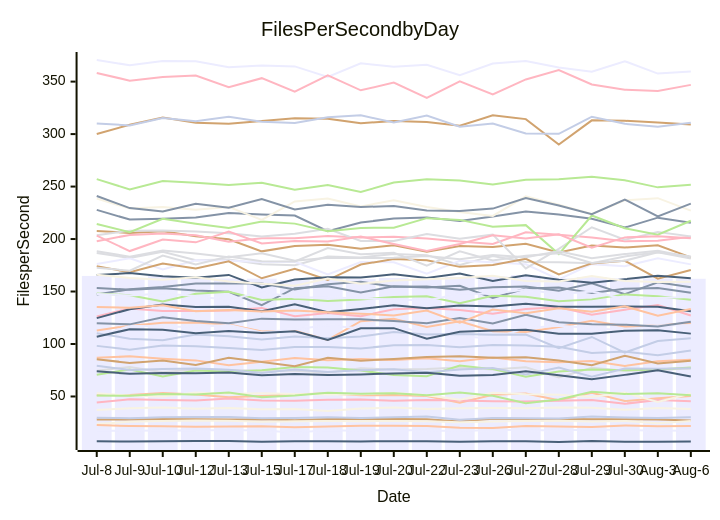
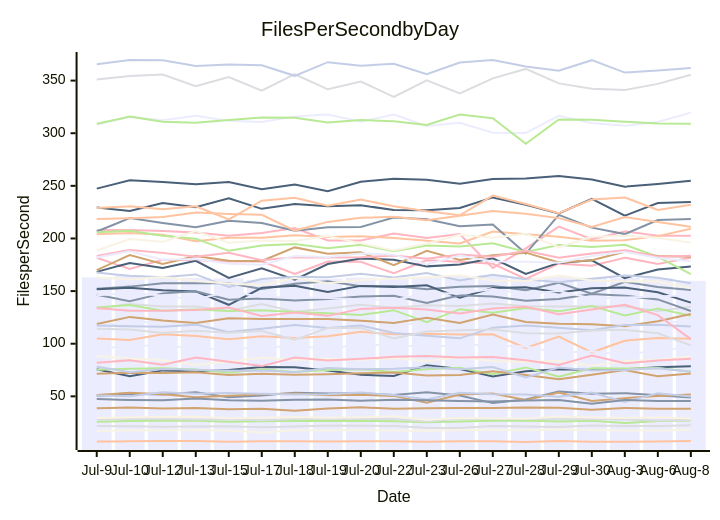
One commit to streetsidesoftware/cspell changed the diagram in perf-report.md. Above: the diagram before and after it, drawn with Mermaid. The commit also changed other lines of this file and 1 other file, not shown here.

````diff
--- a/perf-report.md
+++ b/perf-report.md
@@ -10,57 +10,57 @@
 ```mermaid
 xychart-beta
     title Files Per Second by Day
     y-axis Files per Second
-    x-axis Date [Jul-8, Jul-9, Jul-10, Jul-12, Jul-13, Jul-15, Jul-17, Jul-18, Jul-19, Jul-20, Jul-22, Jul-23, Jul-26, Jul-27, Jul-28, Jul-29, Jul-30, Aug-3, Aug-6]
-    bar [164.83, 163.05, 164.68, 163.19, 162.43, 162.24, 160.81, 162.11, 161.80, 162.84, 161.83, 163.82, 164.32, 165.56, 162.55, 163.67, 162.66, 162.42, 162.15]
-    line [227.80, 218.56, 219.23, 220.42, 224.78, 223.29, 222.43, 207.49, 215.75, 219.62, 220.62, 217.24, 221.48, 226.19, 223.44, 219.34, 210.97, 220.37, 215.62]
-    line [112.77, 117.49, 120.30, 120.41, 118.48, 111.84, 112.66, 103.82, 121.72, 123.96, 116.30, 121.57, 112.16, 111.54, 116.14, 122.06, 116.65, 117.60, 120.09]
-    line [74.46, 78.13, 73.01, 75.98, 75.26, 74.39, 74.57, 72.87, 76.84, 75.79, 76.25, 77.55, 75.81, 77.91, 68.05, 77.31, 74.56, 75.13, 76.66]
-    line [70.79, 75.77, 69.10, 74.66, 73.66, 75.08, 77.97, 77.53, 74.65, 70.42, 69.35, 79.56, 76.05, 68.90, 73.77, 75.65, 74.99, 75.71, 77.66]
-    line [27.98, 28.10, 28.43, 28.38, 28.02, 28.20, 27.23, 28.58, 28.56, 28.51, 28.41, 26.08, 28.71, 28.53, 28.56, 28.21, 28.32, 27.98, 27.09]
-    line [79.33, 75.23, 76.27, 76.63, 75.41, 72.48, 75.77, 73.22, 74.96, 75.84, 73.04, 75.74, 77.07, 71.05, 77.49, 68.74, 76.65, 76.34, 76.92]
-    line [126.22, 133.87, 131.35, 131.34, 131.95, 134.40, 126.35, 129.62, 126.47, 133.10, 134.27, 132.41, 128.75, 133.45, 135.04, 127.98, 132.62, 137.05, 127.16]
-    line [74.05, 71.58, 72.37, 72.08, 72.80, 70.30, 71.38, 70.52, 71.04, 71.91, 72.70, 69.86, 70.37, 73.91, 70.30, 66.36, 70.57, 74.92, 69.05]
-    line [23.76, 25.86, 26.61, 27.13, 26.83, 25.90, 26.40, 26.69, 26.50, 26.68, 26.34, 25.46, 26.08, 26.71, 26.98, 26.19, 26.72, 24.58, 26.54]
-    line [106.87, 117.37, 116.66, 116.21, 118.14, 111.02, 114.16, 117.75, 114.86, 117.38, 110.16, 107.68, 105.10, 115.28, 117.30, 115.27, 112.83, 117.78, 117.94]
-    line [153.34, 151.79, 153.10, 150.91, 149.71, 136.98, 153.14, 154.96, 149.05, 154.95, 153.94, 155.48, 143.79, 152.94, 153.75, 148.60, 152.63, 153.39, 148.93]
-    line [22.72, 21.87, 21.57, 21.20, 21.36, 21.51, 20.58, 21.30, 22.19, 22.10, 21.88, 20.15, 20.04, 21.91, 21.31, 20.80, 22.35, 21.72, 21.80]
-    line [186.71, 181.92, 187.82, 179.82, 180.43, 176.01, 174.98, 183.26, 182.49, 185.76, 184.64, 175.39, 183.80, 178.20, 177.82, 176.95, 183.37, 187.31, 181.39]
-    line [257.07, 247.35, 255.25, 253.55, 251.59, 253.64, 246.87, 251.37, 244.82, 253.83, 256.85, 255.68, 251.95, 256.48, 257.08, 259.44, 255.93, 249.24, 251.79]
-    line [207.58, 205.87, 207.35, 202.66, 199.84, 188.27, 193.42, 194.63, 190.82, 194.01, 187.89, 193.41, 192.42, 195.47, 187.19, 193.79, 191.90, 194.07, 182.58]
-    line [29.68, 29.34, 30.24, 30.35, 30.53, 29.15, 29.59, 30.29, 29.57, 30.13, 31.01, 27.77, 29.48, 29.26, 29.06, 30.88, 29.94, 29.48, 30.19]
-    line [197.97, 203.94, 205.22, 203.61, 197.40, 200.74, 200.72, 202.94, 201.36, 202.08, 200.55, 197.73, 195.25, 206.51, 204.03, 201.53, 197.81, 198.32, 202.22]
-    line [7.24, 7.01, 7.27, 7.49, 7.49, 6.93, 7.35, 7.41, 7.13, 7.42, 7.37, 6.94, 7.34, 7.37, 6.62, 7.52, 6.92, 6.91, 7.06]
-    line [37.09, 38.73, 39.43, 38.35, 38.90, 37.77, 38.11, 36.22, 38.46, 39.54, 38.13, 38.75, 38.94, 38.82, 39.51, 39.23, 37.37, 39.03, 38.14]
-    line [176.15, 181.65, 170.98, 179.72, 179.37, 178.07, 178.35, 166.36, 178.14, 177.77, 166.91, 179.23, 177.92, 175.97, 161.59, 176.09, 174.17, 181.77, 175.87]
-    line [147.14, 152.12, 154.25, 157.55, 157.57, 157.54, 152.05, 156.89, 159.37, 154.51, 154.84, 151.75, 154.10, 154.75, 150.75, 157.93, 147.43, 158.79, 154.00]
-    line [51.21, 51.39, 53.37, 51.98, 49.24, 50.53, 52.10, 52.76, 51.07, 51.44, 50.43, 43.97, 51.67, 52.73, 46.52, 53.63, 45.66, 48.27, 50.39]
-    line [203.52, 207.94, 208.03, 207.20, 205.62, 202.48, 205.11, 209.83, 198.16, 198.05, 204.69, 200.38, 204.18, 172.00, 190.59, 211.20, 199.37, 206.67, 202.54]
-    line [214.36, 206.61, 219.33, 214.62, 210.58, 216.81, 214.69, 207.39, 210.58, 210.83, 219.91, 218.25, 211.67, 213.25, 185.65, 222.45, 210.28, 204.15, 217.44]
-    line [174.21, 168.28, 176.77, 172.02, 178.72, 162.59, 171.56, 160.94, 175.73, 180.87, 179.86, 173.49, 175.22, 181.17, 166.29, 176.78, 179.24, 162.30, 170.51]
-    line [110.20, 105.06, 103.60, 109.02, 107.38, 104.33, 107.04, 105.42, 107.07, 111.31, 108.98, 109.47, 108.84, 109.00, 95.94, 106.70, 91.83, 102.88, 105.40]
-    line [44.23, 47.36, 46.58, 46.27, 47.99, 46.18, 45.89, 46.88, 47.09, 45.82, 46.71, 46.24, 45.49, 45.13, 45.94, 46.54, 43.06, 46.57, 45.56]
-    line [124.67, 133.15, 137.66, 135.26, 135.39, 131.25, 137.83, 130.35, 133.37, 136.93, 134.10, 136.61, 135.79, 138.26, 135.57, 135.43, 135.66, 135.43, 131.19]
-    line [53.03, 50.88, 50.01, 53.83, 52.41, 53.08, 52.40, 51.77, 52.01, 53.58, 51.27, 46.96, 53.48, 52.00, 51.65, 49.61, 53.65, 44.73, 52.88]
-    line [370.59, 365.59, 369.56, 369.35, 363.79, 365.39, 364.51, 354.54, 367.49, 364.21, 365.97, 356.16, 367.24, 369.57, 363.41, 359.37, 369.40, 357.63, 359.56]
-    line [119.80, 118.70, 125.49, 121.97, 119.76, 124.17, 123.39, 123.52, 123.46, 121.92, 119.72, 124.69, 119.65, 127.83, 120.71, 118.86, 118.39, 116.67, 121.26]
-    line [86.80, 88.24, 86.00, 84.39, 79.74, 83.17, 86.61, 84.55, 85.67, 84.70, 86.32, 83.67, 87.12, 83.64, 82.58, 83.71, 79.08, 83.62, 84.88]
-    line [188.38, 183.25, 189.14, 186.31, 182.67, 186.39, 179.31, 182.07, 181.92, 182.11, 183.75, 180.78, 184.81, 182.65, 188.37, 181.75, 185.70, 188.91, 182.68]
-    line [50.86, 50.66, 52.36, 51.79, 53.82, 49.25, 50.85, 53.53, 52.69, 53.02, 51.19, 53.86, 50.78, 43.58, 47.06, 54.57, 52.43, 53.03, 51.13]
-    line [85.41, 81.93, 84.31, 79.99, 86.85, 82.81, 78.74, 86.89, 84.13, 85.63, 87.55, 88.29, 86.90, 87.47, 84.26, 79.87, 88.81, 81.39, 83.97]
-    line [98.21, 94.52, 98.50, 97.78, 96.17, 94.33, 97.04, 97.24, 95.75, 98.78, 99.06, 97.00, 99.07, 98.61, 97.42, 91.49, 92.79, 89.32, 93.72]
-    line [358.26, 350.93, 354.34, 355.82, 344.62, 353.27, 340.52, 356.06, 341.72, 349.11, 334.55, 350.21, 337.72, 352.09, 361.09, 347.33, 342.33, 341.03, 346.90]
-    line [106.95, 114.12, 113.53, 110.15, 112.38, 110.43, 112.10, 103.78, 114.93, 115.08, 104.93, 111.58, 112.75, 113.47, 109.84, 109.80, 112.55, 113.19, 109.88]
-    line [238.48, 229.00, 230.57, 227.85, 230.59, 218.19, 235.84, 238.63, 231.13, 236.94, 230.60, 225.84, 222.04, 240.74, 232.71, 223.95, 236.98, 238.93, 227.08]
-    line [17.45, 17.16, 17.77, 17.48, 17.96, 17.52, 15.60, 17.77, 17.44, 17.98, 17.51, 17.20, 17.96, 18.17, 17.67, 18.43, 18.02, 17.45, 17.65]
-    line [240.95, 229.51, 226.18, 233.66, 229.73, 238.10, 228.16, 232.72, 230.57, 231.48, 227.16, 226.70, 229.01, 239.01, 232.02, 223.69, 237.66, 221.63, 233.74]
-    line [135.18, 134.44, 136.88, 131.27, 132.43, 131.04, 131.83, 130.19, 128.92, 127.23, 131.88, 120.40, 132.81, 129.34, 133.97, 130.74, 135.91, 126.83, 133.33]
-    line [172.62, 169.88, 184.28, 175.71, 183.39, 178.90, 178.60, 191.51, 185.47, 186.89, 174.56, 188.32, 179.58, 184.08, 186.53, 177.20, 179.37, 187.46, 183.38]
-    line [148.23, 146.43, 140.41, 147.84, 149.86, 141.85, 143.07, 141.02, 142.51, 144.87, 145.54, 138.82, 146.01, 144.90, 140.82, 142.51, 147.27, 145.58, 142.12]
-    line [300.01, 308.91, 315.76, 310.85, 309.84, 312.53, 315.03, 314.69, 310.30, 312.46, 311.42, 307.91, 317.83, 314.26, 289.97, 313.11, 312.72, 310.96, 309.18]
-    line [310.11, 308.24, 315.35, 312.26, 316.54, 311.74, 310.63, 315.98, 317.85, 311.01, 317.69, 306.96, 309.97, 300.54, 300.28, 316.56, 309.78, 307.09, 310.74]
-    line [203.31, 188.55, 199.47, 196.87, 207.15, 195.83, 198.09, 197.68, 202.31, 195.34, 188.56, 195.30, 203.49, 200.63, 204.54, 191.76, 201.55, 202.60, 200.71]
-    line [165.64, 167.61, 164.48, 163.07, 165.84, 153.93, 161.48, 163.65, 163.25, 166.55, 162.82, 167.25, 160.14, 165.42, 161.19, 158.31, 161.70, 164.91, 162.58]
-    line [166.09, 162.99, 161.12, 163.50, 159.47, 157.31, 155.54, 162.49, 157.44, 160.47, 161.66, 162.86, 164.94, 160.13, 159.49, 164.72, 159.99, 159.02, 159.32]
-    line [147.61, 146.15, 148.02, 145.81, 141.78, 149.87, 144.29, 144.20, 143.50, 142.28, 141.37, 147.86, 147.77, 151.94, 147.31, 150.10, 142.92, 143.82, 144.85]
+    x-axis Date [Jul-9, Jul-10, Jul-12, Jul-13, Jul-15, Jul-17, Jul-18, Jul-19, Jul-20, Jul-22, Jul-23, Jul-26, Jul-27, Jul-28, Jul-29, Jul-30, Aug-3, Aug-6, Aug-8]
+    bar [163.05, 164.68, 163.19, 162.43, 162.24, 160.81, 162.11, 161.80, 162.84, 161.83, 163.82, 164.32, 165.56, 162.55, 163.67, 162.66, 162.42, 162.15, 159.78]
+    line [50.66, 52.36, 51.79, 53.82, 49.25, 50.85, 53.53, 52.69, 53.02, 51.19, 53.86, 50.78, 43.58, 47.06, 54.57, 52.43, 53.03, 51.13, 48.90]
+    line [105.06, 103.60, 109.02, 107.38, 104.33, 107.04, 105.42, 107.07, 111.31, 108.98, 109.47, 108.84, 109.00, 95.94, 106.70, 91.83, 102.88, 105.40, 104.69]
+    line [21.87, 21.57, 21.20, 21.36, 21.51, 20.58, 21.30, 22.19, 22.10, 21.88, 20.15, 20.04, 21.91, 21.31, 20.80, 22.35, 21.72, 21.80, 22.54]
+    line [25.86, 26.61, 27.13, 26.83, 25.90, 26.40, 26.69, 26.50, 26.68, 26.34, 25.46, 26.08, 26.71, 26.98, 26.19, 26.72, 24.58, 26.54, 27.00]
+    line [51.39, 53.37, 51.98, 49.24, 50.53, 52.10, 52.76, 51.07, 51.44, 50.43, 43.97, 51.67, 52.73, 46.52, 53.63, 45.66, 48.27, 50.39, 51.68]
+    line [50.88, 50.01, 53.83, 52.41, 53.08, 52.40, 51.77, 52.01, 53.58, 51.27, 46.96, 53.48, 52.00, 51.65, 49.61, 53.65, 44.73, 52.88, 49.80]
+    line [181.65, 170.98, 179.72, 179.37, 178.07, 178.35, 166.36, 178.14, 177.77, 166.91, 179.23, 177.92, 175.97, 161.59, 176.09, 174.17, 181.77, 175.87, 181.75]
+    line [75.77, 69.10, 74.66, 73.66, 75.08, 77.97, 77.53, 74.65, 70.42, 69.35, 79.56, 76.05, 68.90, 73.77, 75.65, 74.99, 75.71, 77.66, 78.66]
+    line [17.16, 17.77, 17.48, 17.96, 17.52, 15.60, 17.77, 17.44, 17.98, 17.51, 17.20, 17.96, 18.17, 17.67, 18.43, 18.02, 17.45, 17.65, 18.37]
+    line [117.49, 120.30, 120.41, 118.48, 111.84, 112.66, 103.82, 121.72, 123.96, 116.30, 121.57, 112.16, 111.54, 116.14, 122.06, 116.65, 117.60, 120.09, 120.85]
+    line [47.36, 46.58, 46.27, 47.99, 46.18, 45.89, 46.88, 47.09, 45.82, 46.71, 46.24, 45.49, 45.13, 45.94, 46.54, 43.06, 46.57, 45.56, 45.66]
+    line [7.01, 7.27, 7.49, 7.49, 6.93, 7.35, 7.41, 7.13, 7.42, 7.37, 6.94, 7.34, 7.37, 6.62, 7.52, 6.92, 6.91, 7.06, 7.47]
+    line [133.15, 137.66, 135.26, 135.39, 131.25, 137.83, 130.35, 133.37, 136.93, 134.10, 136.61, 135.79, 138.26, 135.57, 135.43, 135.66, 135.43, 131.19, 135.23]
+    line [134.44, 136.88, 131.27, 132.43, 131.04, 131.83, 130.19, 128.92, 127.23, 131.88, 120.40, 132.81, 129.34, 133.97, 130.74, 135.91, 126.83, 133.33, 126.61]
+    line [118.70, 125.49, 121.97, 119.76, 124.17, 123.39, 123.52, 123.46, 121.92, 119.72, 124.69, 119.65, 127.83, 120.71, 118.86, 118.39, 116.67, 121.26, 128.17]
+    line [117.37, 116.66, 116.21, 118.14, 111.02, 114.16, 117.75, 114.86, 117.38, 110.16, 107.68, 105.10, 115.28, 117.30, 115.27, 112.83, 117.78, 117.94, 116.33]
+    line [207.94, 208.03, 207.20, 205.62, 202.48, 205.11, 209.83, 198.16, 198.05, 204.69, 200.38, 204.18, 172.00, 190.59, 211.20, 199.37, 206.67, 202.54, 202.61]
+    line [168.28, 176.77, 172.02, 178.72, 162.59, 171.56, 160.94, 175.73, 180.87, 179.86, 173.49, 175.22, 181.17, 166.29, 176.78, 179.24, 162.30, 170.51, 173.47]
+    line [88.24, 86.00, 84.39, 79.74, 83.17, 86.61, 84.55, 85.67, 84.70, 86.32, 83.67, 87.12, 83.64, 82.58, 83.71, 79.08, 83.62, 84.88, 87.82]
+    line [94.52, 98.50, 97.78, 96.17, 94.33, 97.04, 97.24, 95.75, 98.78, 99.06, 97.00, 99.07, 98.61, 97.42, 91.49, 92.79, 89.32, 93.72, 96.32]
+    line [152.12, 154.25, 157.55, 157.57, 157.54, 152.05, 156.89, 159.37, 154.51, 154.84, 151.75, 154.10, 154.75, 150.75, 157.93, 147.43, 158.79, 154.00, 151.10]
+    line [203.94, 205.22, 203.61, 197.40, 200.74, 200.72, 202.94, 201.36, 202.08, 200.55, 197.73, 195.25, 206.51, 204.03, 201.53, 197.81, 198.32, 202.22, 209.23]
+    line [28.10, 28.43, 28.38, 28.02, 28.20, 27.23, 28.58, 28.56, 28.51, 28.41, 26.08, 28.71, 28.53, 28.56, 28.21, 28.32, 27.98, 27.09, 27.59]
+    line [75.23, 76.27, 76.63, 75.41, 72.48, 75.77, 73.22, 74.96, 75.84, 73.04, 75.74, 77.07, 71.05, 77.49, 68.74, 76.65, 76.34, 76.92, 73.53]
+    line [71.58, 72.37, 72.08, 72.80, 70.30, 71.38, 70.52, 71.04, 71.91, 72.70, 69.86, 70.37, 73.91, 70.30, 66.36, 70.57, 74.92, 69.05, 71.64]
+    line [78.13, 73.01, 75.98, 75.26, 74.39, 74.57, 72.87, 76.84, 75.79, 76.25, 77.55, 75.81, 77.91, 68.05, 77.31, 74.56, 75.13, 76.66, 73.32]
+    line [133.87, 131.35, 131.34, 131.95, 134.40, 126.35, 129.62, 126.47, 133.10, 134.27, 132.41, 128.75, 133.45, 135.04, 127.98, 132.62, 137.05, 127.16, 104.34]
+    line [229.51, 226.18, 233.66, 229.73, 238.10, 228.16, 232.72, 230.57, 231.48, 227.16, 226.70, 229.01, 239.01, 232.02, 223.69, 237.66, 221.63, 233.74, 234.59]
+    line [29.34, 30.24, 30.35, 30.53, 29.15, 29.59, 30.29, 29.57, 30.13, 31.01, 27.77, 29.48, 29.26, 29.06, 30.88, 29.94, 29.48, 30.19, 29.03]
+    line [308.24, 315.35, 312.26, 316.54, 311.74, 310.63, 315.98, 317.85, 311.01, 317.69, 306.96, 309.97, 300.54, 300.28, 316.56, 309.78, 307.09, 310.74, 319.60]
+    line [206.61, 219.33, 214.62, 210.58, 216.81, 214.69, 207.39, 210.58, 210.83, 219.91, 218.25, 211.67, 213.25, 185.65, 222.45, 210.28, 204.15, 217.44, 218.55]
+    line [229.00, 230.57, 227.85, 230.59, 218.19, 235.84, 238.63, 231.13, 236.94, 230.60, 225.84, 222.04, 240.74, 232.71, 223.95, 236.98, 238.93, 227.08, 231.94]
+    line [350.93, 354.34, 355.82, 344.62, 353.27, 340.52, 356.06, 341.72, 349.11, 334.55, 350.21, 337.72, 352.09, 361.09, 347.33, 342.33, 341.03, 346.90, 355.56]
+    line [205.87, 207.35, 202.66, 199.84, 188.27, 193.42, 194.63, 190.82, 194.01, 187.89, 193.41, 192.42, 195.47, 187.19, 193.79, 191.90, 194.07, 182.58, 166.07]
+    line [169.88, 184.28, 175.71, 183.39, 178.90, 178.60, 191.51, 185.47, 186.89, 174.56, 188.32, 179.58, 184.08, 186.53, 177.20, 179.37, 187.46, 183.38, 182.66]
+    line [167.61, 164.48, 163.07, 165.84, 153.93, 161.48, 163.65, 163.25, 166.55, 162.82, 167.25, 160.14, 165.42, 161.19, 158.31, 161.70, 164.91, 162.58, 157.48]
+    line [183.25, 189.14, 186.31, 182.67, 186.39, 179.31, 182.07, 181.92, 182.11, 183.75, 180.78, 184.81, 182.65, 188.37, 181.75, 185.70, 188.91, 182.68, 183.70]
+    line [151.79, 153.10, 150.91, 149.71, 136.98, 153.14, 154.96, 149.05, 154.95, 153.94, 155.48, 143.79, 152.94, 153.75, 148.60, 152.63, 153.39, 148.93, 139.04]
+    line [188.55, 199.47, 196.87, 207.15, 195.83, 198.09, 197.68, 202.31, 195.34, 188.56, 195.30, 203.49, 200.63, 204.54, 191.76, 201.55, 202.60, 200.71, 195.89]
+    line [181.92, 187.82, 179.82, 180.43, 176.01, 174.98, 183.26, 182.49, 185.76, 184.64, 175.39, 183.80, 178.20, 177.82, 176.95, 183.37, 187.31, 181.39, 178.30]
+    line [146.43, 140.41, 147.84, 149.86, 141.85, 143.07, 141.02, 142.51, 144.87, 145.54, 138.82, 146.01, 144.90, 140.82, 142.51, 147.27, 145.58, 142.12, 131.06]
+    line [218.56, 219.23, 220.42, 224.78, 223.29, 222.43, 207.49, 215.75, 219.62, 220.62, 217.24, 221.48, 226.19, 223.44, 219.34, 210.97, 220.37, 215.62, 211.22]
+    line [114.12, 113.53, 110.15, 112.38, 110.43, 112.10, 103.78, 114.93, 115.08, 104.93, 111.58, 112.75, 113.47, 109.84, 109.80, 112.55, 113.19, 109.88, 98.38]
+    line [308.91, 315.76, 310.85, 309.84, 312.53, 315.03, 314.69, 310.30, 312.46, 311.42, 307.91, 317.83, 314.26, 289.97, 313.11, 312.72, 310.96, 309.18, 308.97]
+    line [38.73, 39.43, 38.35, 38.90, 37.77, 38.11, 36.22, 38.46, 39.54, 38.13, 38.75, 38.94, 38.82, 39.51, 39.23, 37.37, 39.03, 38.14, 38.18]
+    line [365.59, 369.56, 369.35, 363.79, 365.39, 364.51, 354.54, 367.49, 364.21, 365.97, 356.16, 367.24, 369.57, 363.41, 359.37, 369.40, 357.63, 359.56, 362.02]
+    line [81.93, 84.31, 79.99, 86.85, 82.81, 78.74, 86.89, 84.13, 85.63, 87.55, 88.29, 86.90, 87.47, 84.26, 79.87, 88.81, 81.39, 83.97, 85.77]
+    line [247.35, 255.25, 253.55, 251.59, 253.64, 246.87, 251.37, 244.82, 253.83, 256.85, 255.68, 251.95, 256.48, 257.08, 259.44, 255.93, 249.24, 251.79, 254.83]
+    line [162.99, 161.12, 163.50, 159.47, 157.31, 155.54, 162.49, 157.44, 160.47, 161.66, 162.86, 164.94, 160.13, 159.49, 164.72, 159.99, 159.02, 159.32, 152.64]
+    line [146.15, 148.02, 145.81, 141.78, 149.87, 144.29, 144.20, 143.50, 142.28, 141.37, 147.86, 147.77, 151.94, 147.31, 150.10, 142.92, 143.82, 144.85, 146.35]
 ```
````
